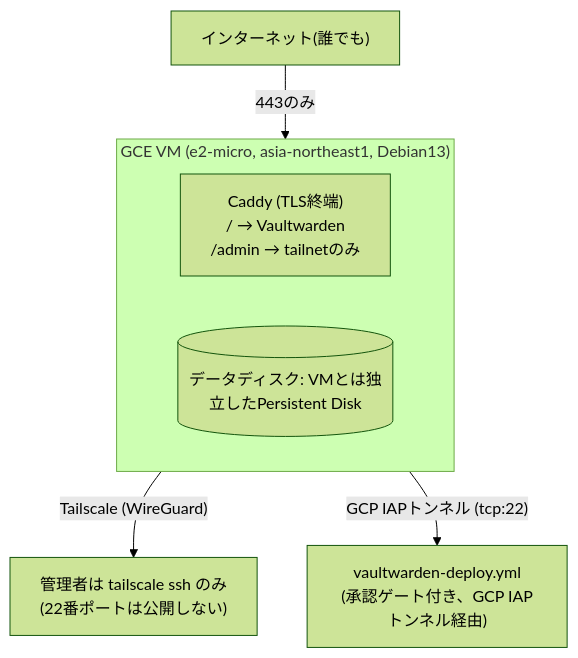
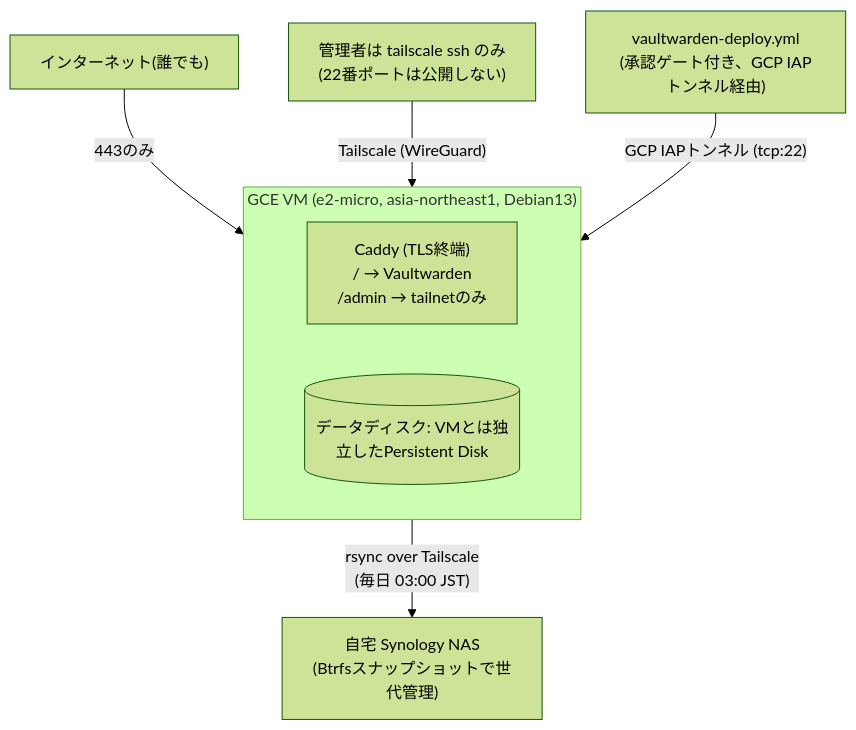
One commit to kuchida1981/zenn.dev changed the diagram in articles/2026-09-01-vaultwarden-ops.md. Above: the diagram before and after it, drawn with Mermaid (forest theme). The commit also changed other lines of this file, not shown here.

````diff
--- a/articles/2026-09-01-vaultwarden-ops.md
+++ b/articles/2026-09-01-vaultwarden-ops.md
@@ -24,14 +24,16 @@
 ```mermaid
 flowchart TB
     internet["インターネット(誰でも)"]
     subgraph vm["GCE VM (e2-micro, asia-northeast1, Debian13)"]
         caddy["Caddy (TLS終端)<br/>/ → Vaultwarden<br/>/admin → tailnetのみ"]
         disk[("データディスク: VMとは独立したPersistent Disk")]
     end
     admin["管理者は tailscale ssh のみ<br/>(22番ポートは公開しない)"]
     ci["vaultwarden-deploy.yml<br/>(承認ゲート付き、GCP IAPトンネル経由)"]
+    nas["自宅 Synology NAS<br/>(Btrfsスナップショットで世代管理)"]
 
     internet -->|"443のみ"| vm
-    vm -->|"Tailscale (WireGuard)"| admin
-    vm -->|"GCP IAPトンネル (tcp:22)"| ci
+    admin -->|"Tailscale (WireGuard)"| vm
+    ci -->|"GCP IAPトンネル (tcp:22)"| vm
+    vm -->|"rsync over Tailscale<br/>(毎日 03:00 JST)"| nas
 ```
````
